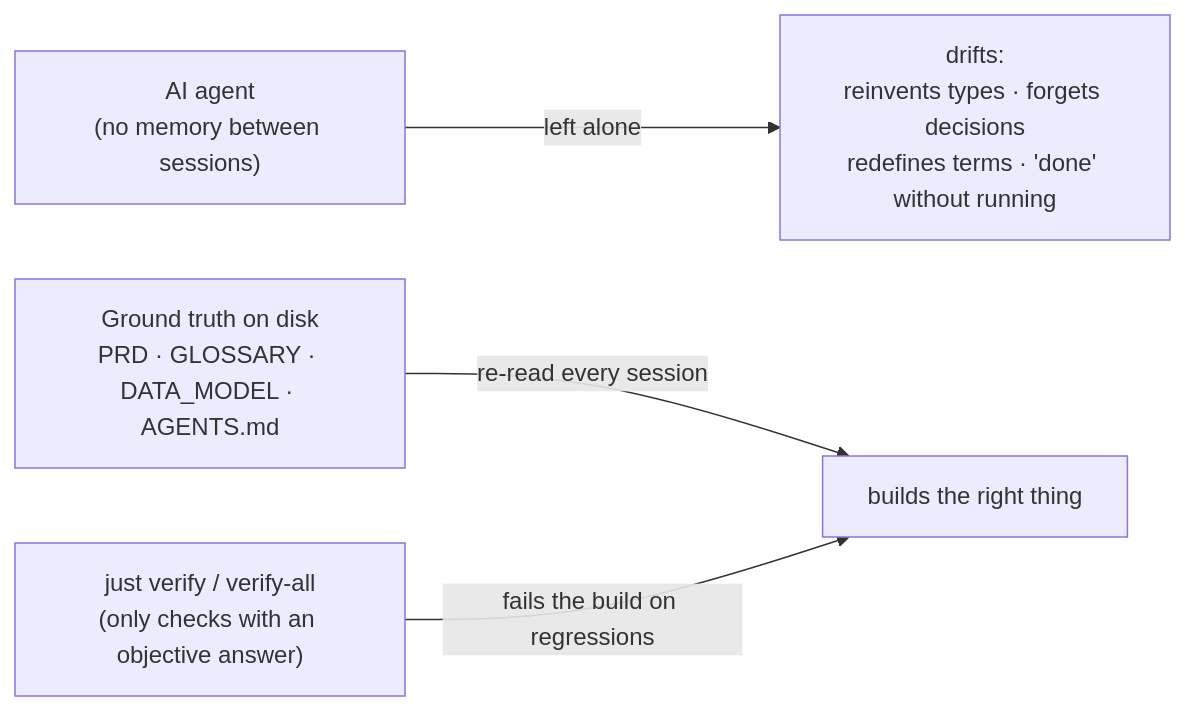
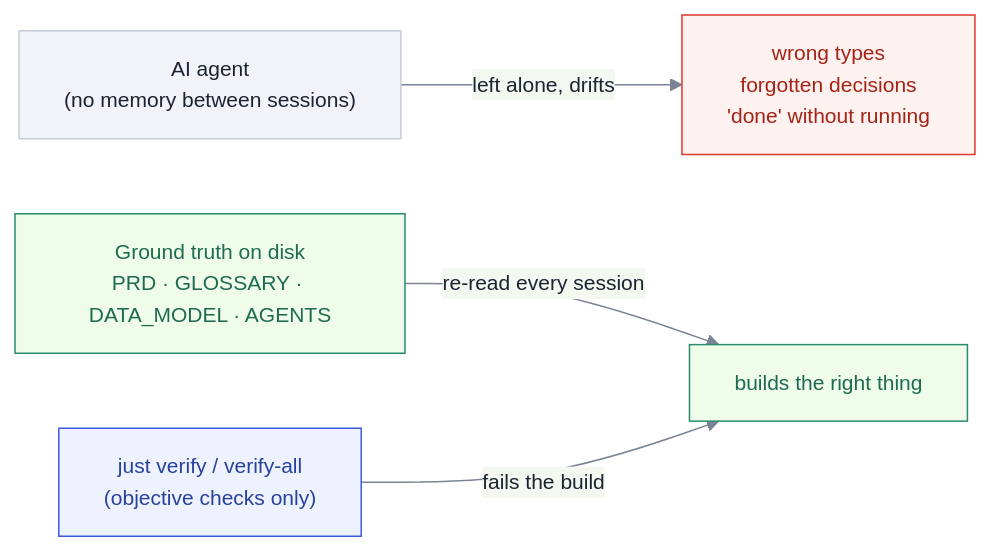
Before and after one commit to sudarshankl26-cpu/Suds_vibe_coding_kit: the first of 2 diagrams in README.md, drawn with Mermaid. The commit also changed other lines of this file and 1 other file, not shown here.

````diff
--- a/README.md
+++ b/README.md
@@ -26,6 +44,20 @@
 ```mermaid
+%%{init: {'theme':'base','themeVariables':{
+  'primaryColor':'#f1f3f8','primaryTextColor':'#1b2430','primaryBorderColor':'#c7ccd8',
+  'lineColor':'#7b8494','fontFamily':'Inter,Segoe UI,Helvetica,sans-serif','fontSize':'14px'}}}%%
 flowchart LR
-  A["AI agent<br/>(no memory between sessions)"] -->|left alone| B["drifts:<br/>reinvents types · forgets decisions<br/>redefines terms · 'done' without running"]
-  C["Ground truth on disk<br/>PRD · GLOSSARY · DATA_MODEL · AGENTS.md"] -->|re-read every session| D["builds the right thing"]
-  E["just verify / verify-all<br/>(only checks with an objective answer)"] -->|fails the build on regressions| D
+  classDef drift fill:#fdf2f0,stroke:#e0392b,color:#a52316
+  classDef truth fill:#eefce9,stroke:#2b8a6e,color:#1e6b51
+  classDef gate  fill:#eef2ff,stroke:#3b5bdb,color:#27429c
+
+  A["AI agent<br/>(no memory between sessions)"]
+  A -->|"left alone, drifts"| B["wrong types<br/>forgotten decisions<br/>'done' without running"]
+  B:::drift
+
+  C["Ground truth on disk<br/>PRD · GLOSSARY · DATA_MODEL · AGENTS"] -->|"re-read every session"| D["builds the right thing"]
+  D:::truth
+
+  E["just verify / verify-all<br/>(objective checks only)"] -->|"fails the build"| D
+  E:::gate
+  C:::truth
 ```
````
